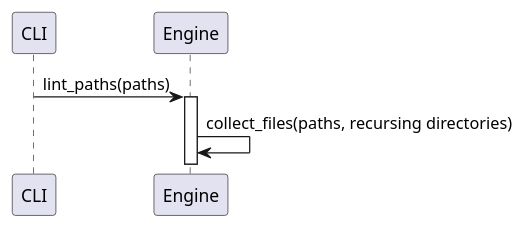
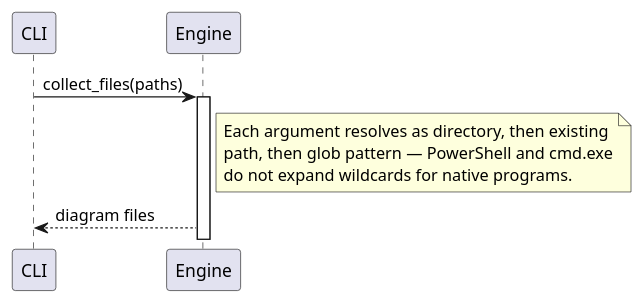
Before and after one commit to fdurieux/pumllint: the sixth of 9 diagrams in docs/pumllint-lint-flow-explained.md, drawn with PlantUML. The commit also changed other lines of this file and 10 other files, not shown here.

````diff
--- a/docs/pumllint-lint-flow-explained.md
+++ b/docs/pumllint-lint-flow-explained.md
@@ -150,6 +150,10 @@
 ```plantuml
-CLI -> Engine : lint_paths(paths)
+CLI -> Engine : collect_files(paths)
 activate Engine
-' pumllint: disable=SEQ006
-Engine -> Engine : collect_files(paths, recursing directories)
+note right of Engine
+  Each argument resolves as directory, then existing
+  path, then glob pattern — PowerShell and cmd.exe
+  do not expand wildcards for native programs.
+end note
+Engine --> CLI : diagram files
 ```
````
